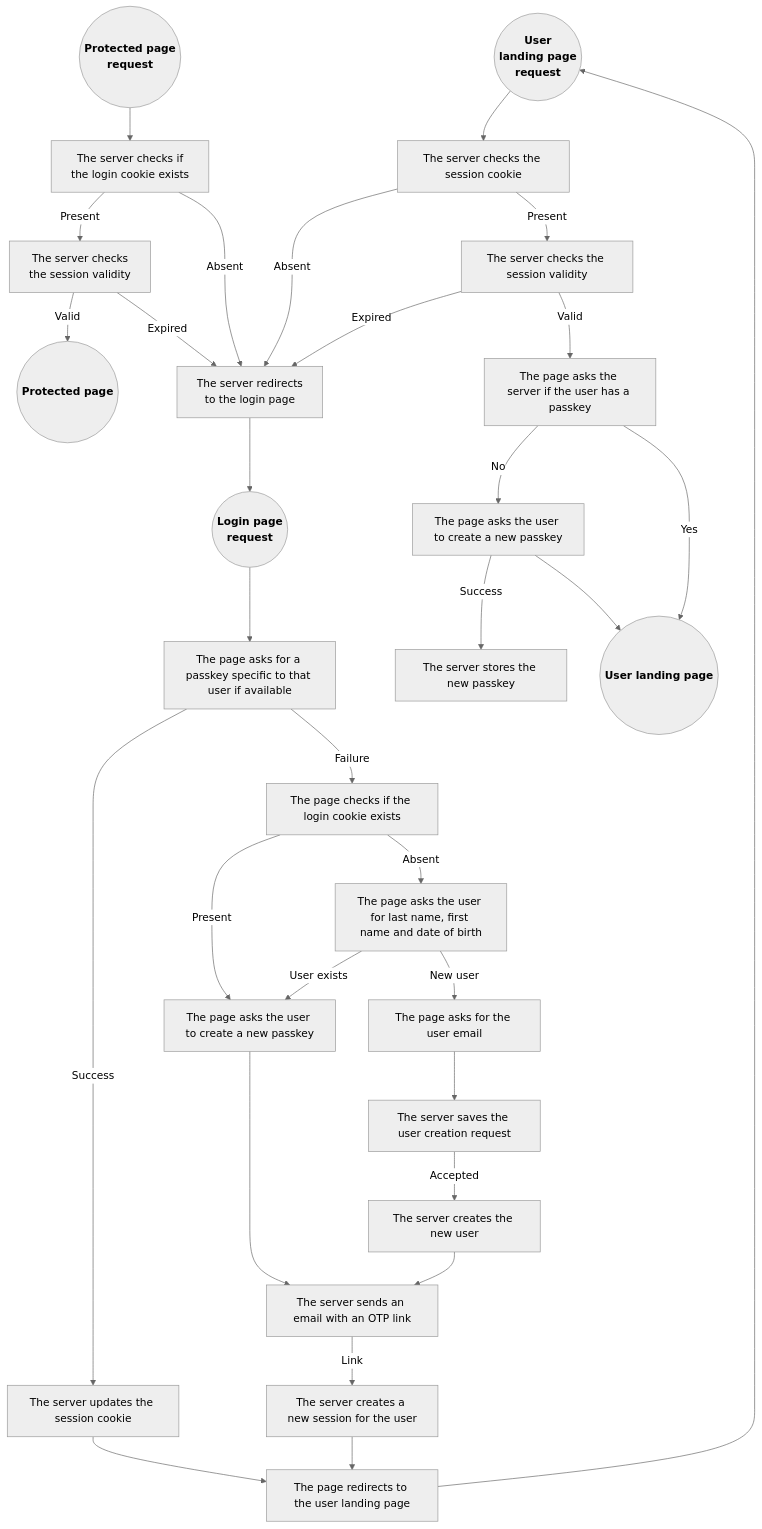
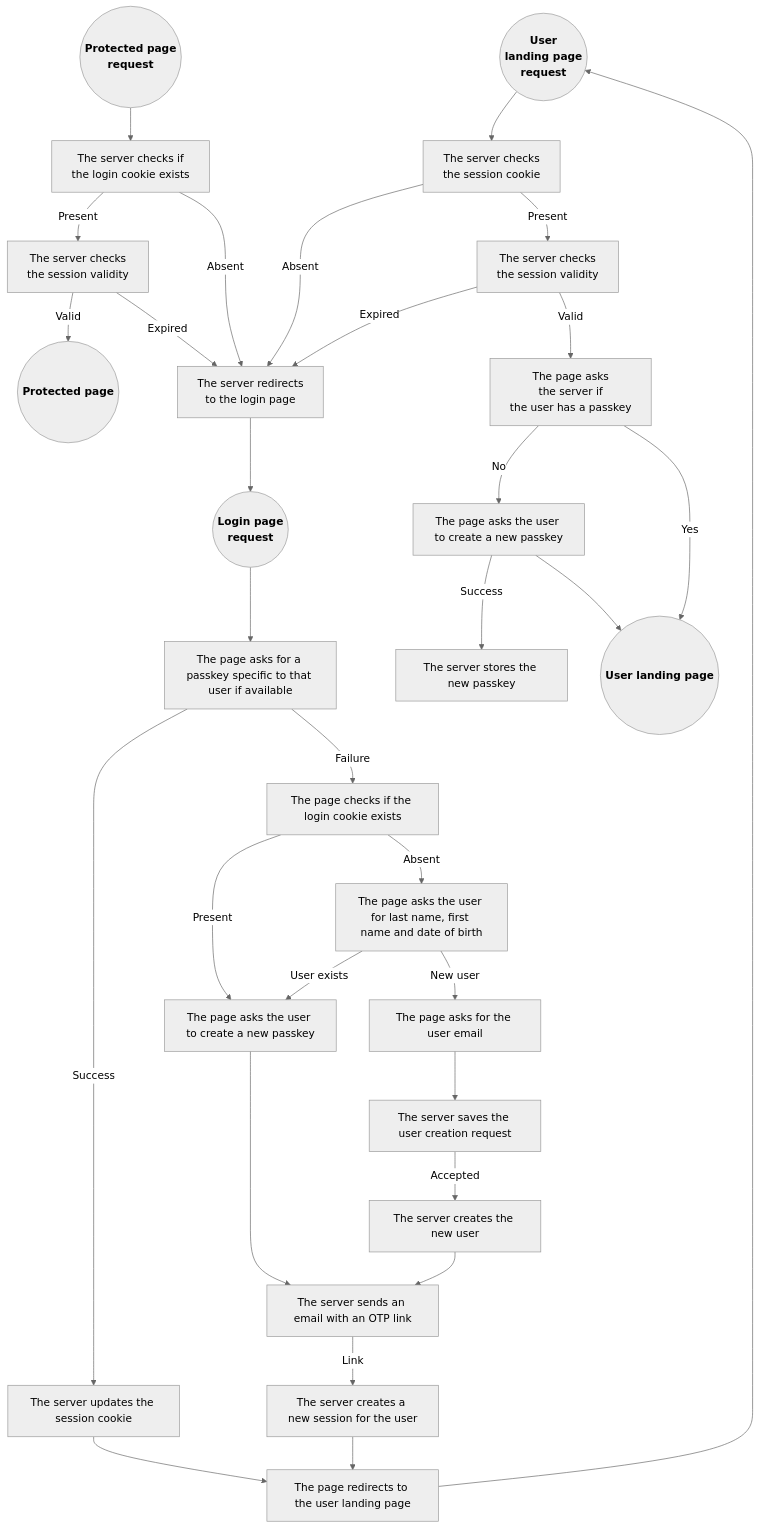
One commit to programingjd/tiered_server changed the diagram in README.md. Above: the diagram before and after it, drawn with Mermaid (neutral theme).

````diff
--- a/README.md
+++ b/README.md
@@ -123,40 +123,40 @@
 ```mermaid
 graph TD;
   UserLandingPageRequest(("<b>User<br>landing page<br>request</b>"))
   ProtectedPageRequest(("<b>Protected page<br>request</b>"))
   LoginPageRequest(("<b>Login page<br>request</b>"))
   
   ProtectedPageRequest-->QueryCookie1["The server checks if<br>the login cookie exists"]
   QueryCookie1-->|Present|CheckSessionValidity1["The server checks<br>the session validity"]
   QueryCookie1-->|Absent|LoginPageRedirect["The server redirects<br>to the login page"]
   CheckSessionValidity1-->|Valid|ProtectedPageResponse(("<b>Protected page<b>"))
   CheckSessionValidity1-->|Expired|LoginPageRedirect
 
-  UserLandingPageRequest-->QueryCookie2[The server checks the session cookie]
+  UserLandingPageRequest-->QueryCookie2["The server checks<br>the session cookie"]
   QueryCookie2-->|Absent|LoginPageRedirect
-  QueryCookie2-->|Present|CheckSessionValidity2[The server checks the session validity]
+  QueryCookie2-->|Present|CheckSessionValidity2["The server checks<br>the session validity"]
   CheckSessionValidity2-->|Expired|LoginPageRedirect
-  CheckSessionValidity2-->|Valid|QueryExistingPasskey2[The page asks the server if the user has a passkey]
+  CheckSessionValidity2-->|Valid|QueryExistingPasskey2["The page asks<br>the server if<br>the user has a passkey"]
   QueryExistingPasskey2-->|No|NewPasskeyPrompt2[The page asks the user to create a new passkey]
   QueryExistingPasskey2-->|Yes|UserLandingPageResponse(("<b>User landing page<b>"))
   NewPasskeyPrompt2-->|Success|NewPasskeyStore2[The server stores the new passkey]
   NewPasskeyPrompt2-->UserLandingPageResponse
 
   LoginPageRequest-->QueryPasskey[The page asks for a passkey specific to that user if available]
   QueryPasskey-->|Success|SessionCookieUpdate[The server updates the session cookie]
   SessionCookieUpdate-->UserLandingPageRedirect[The page redirects to the user landing page]
   QueryPasskey-->|Failure|QueryCookie3[The page checks if the login cookie exists]
   QueryCookie3-->|Present|NewPasskeyPrompt3[The page asks the user to create a new passkey]
   QueryCookie3-->|Absent|UserForm[The page asks the user for last name, first name and date of birth]
   UserForm-->|User exists|NewPasskeyPrompt3
   NewPasskeyPrompt3-->EmailOTP[The server sends an email with an OTP link]
   EmailOTP-->|Link|NewSession[The server creates a new session for the user]
   NewSession-->UserLandingPageRedirect
   UserForm-->|New user|NewUser[The page asks for the user email]
   NewUser-->UserModeration[The server saves the user creation request]
   UserModeration-->|Accepted|UserCreation[The server creates the new user]
   UserCreation-->EmailOTP
   
   UserLandingPageRedirect-->UserLandingPageRequest
   LoginPageRedirect-->LoginPageRequest
 ```
````
